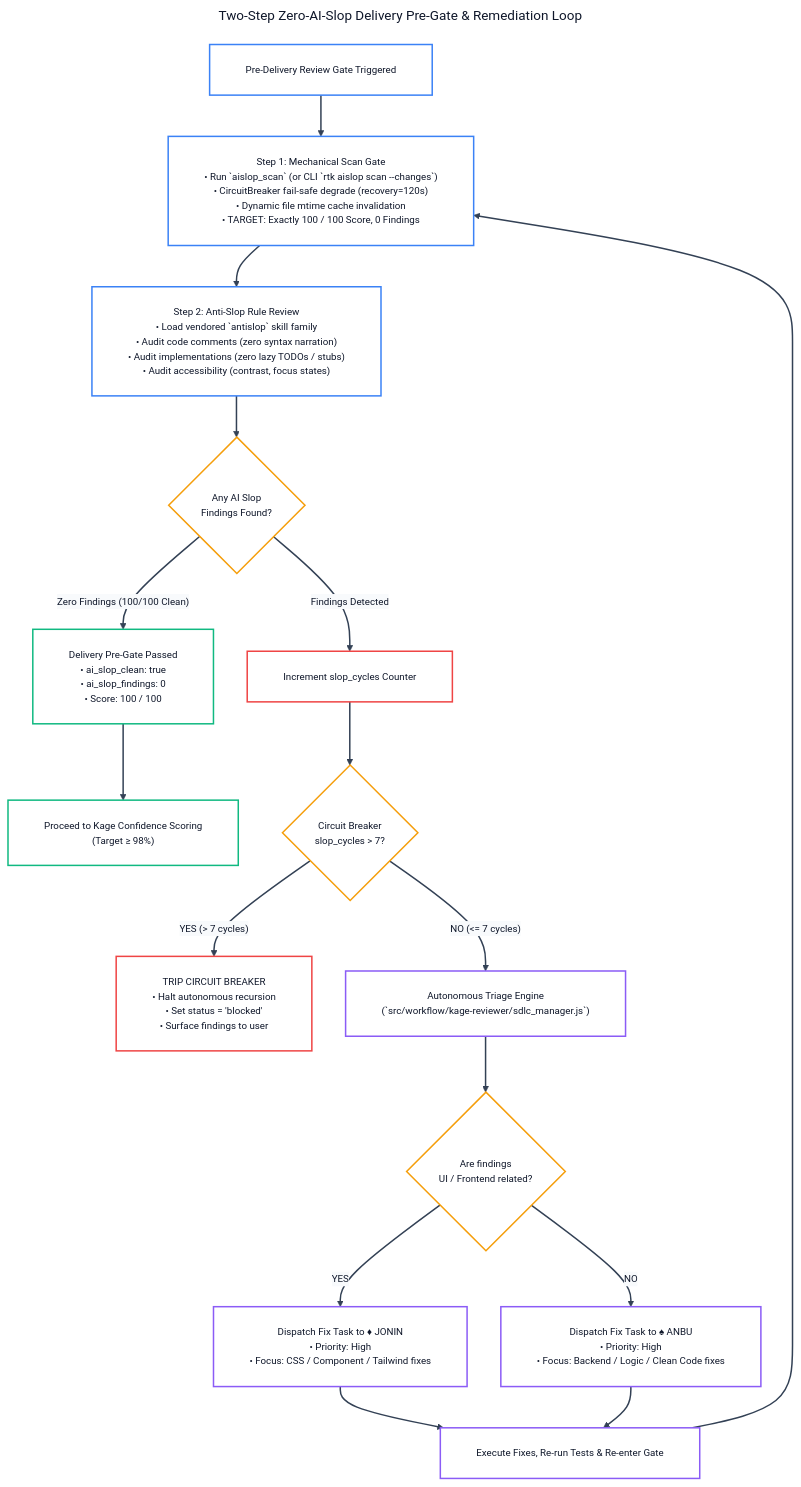
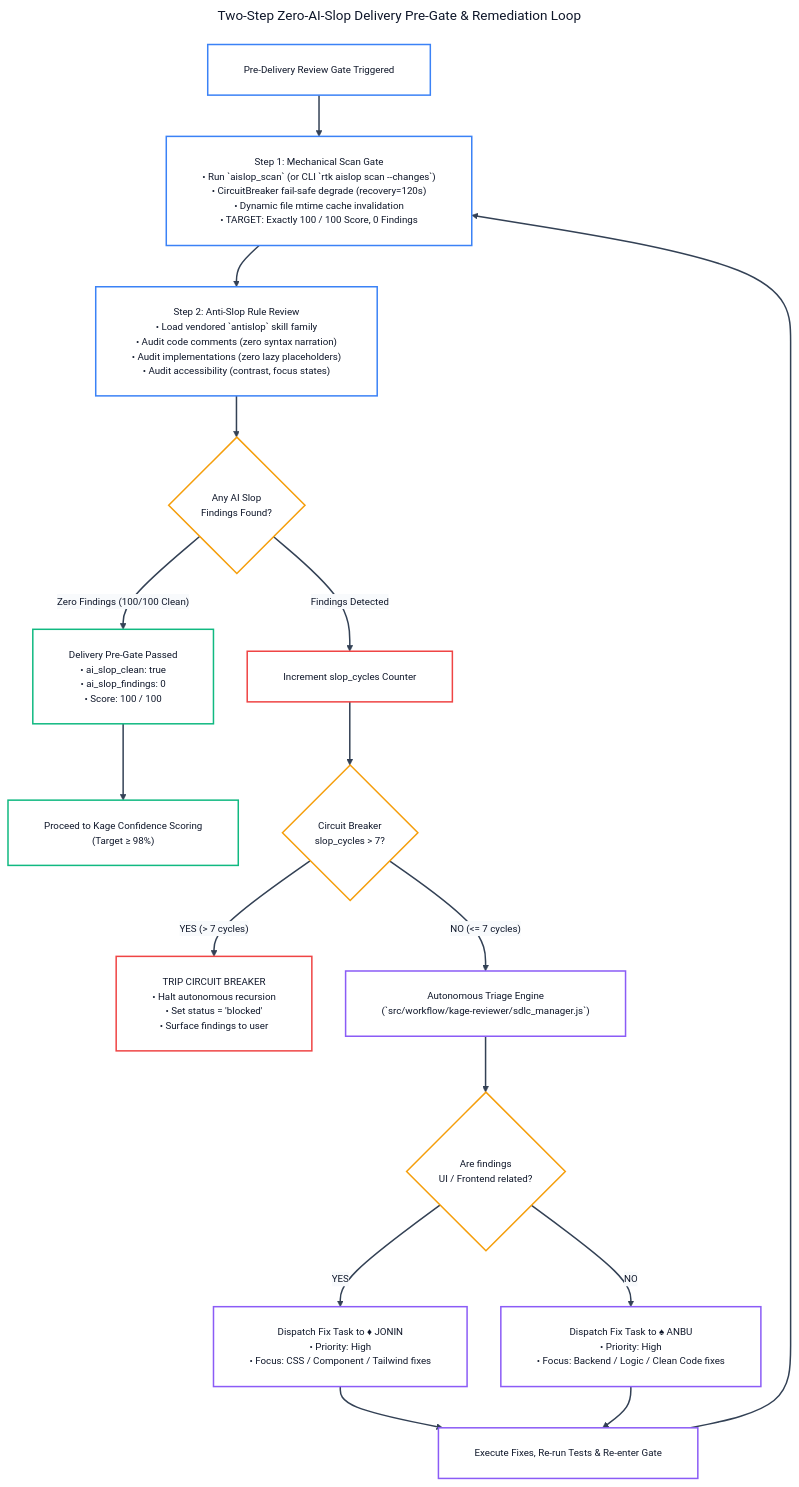
Before and after one commit to andycungkrinx91/konoha: the sixth of 19 diagrams in docs/ALL-WORKFLOW-DIAGRAMS.md, drawn with Mermaid. The commit also changed other lines of this file and 62 other files, not shown here.

Commit message:
chore(release): sync v2.2.18 workflow diagrams, docs, skills, 3D worker, and cross-platform QA

````diff
--- a/docs/ALL-WORKFLOW-DIAGRAMS.md
+++ b/docs/ALL-WORKFLOW-DIAGRAMS.md
@@ -379,63 +379,63 @@
 ```mermaid
 ---
 title: Two-Step Zero-AI-Slop Delivery Pre-Gate & Remediation Loop
 config:
   theme: base
   themeVariables:
     darkMode: false
     background: '#ffffff'
     mainBkg: '#ffffff'
     primaryColor: '#ffffff'
     primaryTextColor: '#0f172a'
     primaryBorderColor: '#f59e0b'
     lineColor: '#334155'
     arrowheadColor: '#334155'
     secondaryColor: '#f8fafc'
     tertiaryColor: '#ffffff'
     fontFamily: 'Inter, system-ui, -apple-system, sans-serif'
     fontSize: '13px'
   flowchart:
     nodeSpacing: 45
     rankSpacing: 55
     padding: 24
     wrappingWidth: 380
 ---
 flowchart TD
     Trigger["Pre-Delivery Review Gate Triggered"] --> Step1["Step 1: Mechanical Scan Gate<br/>• Run `aislop_scan` (or CLI `rtk aislop scan --changes`)<br/>• CircuitBreaker fail-safe degrade (recovery=120s)<br/>• Dynamic file mtime cache invalidation<br/>• TARGET: Exactly 100 / 100 Score, 0 Findings"]
 
-    Step1 --> Step2["Step 2: Anti-Slop Rule Review<br/>• Load vendored `antislop` skill family<br/>• Audit code comments (zero syntax narration)<br/>• Audit implementations (zero lazy TODOs / stubs)<br/>• Audit accessibility (contrast, focus states)"]
+    Step1 --> Step2["Step 2: Anti-Slop Rule Review<br/>• Load vendored `antislop` skill family<br/>• Audit code comments (zero syntax narration)<br/>• Audit implementations (zero lazy placeholders)<br/>• Audit accessibility (contrast, focus states)"]
 
     Step2 --> CheckSlop{"Any AI Slop<br/>Findings Found?"}
 
     CheckSlop -- "Zero Findings (100/100 Clean)" --> PassGate["Delivery Pre-Gate Passed<br/>• ai_slop_clean: true<br/>• ai_slop_findings: 0<br/>• Score: 100 / 100"]
     PassGate --> KageGate["Proceed to Kage Confidence Scoring<br/>(Target ≥ 98%)"]
 
     CheckSlop -- "Findings Detected" --> LoopInit["Increment slop_cycles Counter"]
     LoopInit --> CheckBreaker{"Circuit Breaker<br/>slop_cycles > 7?"}
 
     CheckBreaker -- "YES (> 7 cycles)" --> Tripped["TRIP CIRCUIT BREAKER<br/>• Halt autonomous recursion<br/>• Set status = 'blocked'<br/>• Surface findings to user"]
 
     CheckBreaker -- "NO (<= 7 cycles)" --> Triage["Autonomous Triage Engine<br/>(`src/workflow/kage-reviewer/sdlc_manager.js`)"]
     Triage --> CheckType{"Are findings<br/>UI / Frontend related?"}
 
     CheckType -- "YES" --> AssignJonin["Dispatch Fix Task to ♦ JONIN<br/>• Priority: High<br/>• Focus: CSS / Component / Tailwind fixes"]
     CheckType -- "NO" --> AssignAnbu["Dispatch Fix Task to ♠ ANBU<br/>• Priority: High<br/>• Focus: Backend / Logic / Clean Code fixes"]
 
     AssignJonin --> ReExecute["Execute Fixes, Re-run Tests &amp; Re-enter Gate"]
     AssignAnbu --> ReExecute
     ReExecute --> Step1
 
     linkStyle default stroke:#334155,stroke-width:2px;
 
     classDef triggerNode fill:#ffffff,stroke:#3b82f6,color:#0f172a,stroke-width:2px;
     classDef gateNode fill:#ffffff,stroke:#f59e0b,color:#0f172a,stroke-width:2px;
     classDef passNode fill:#ffffff,stroke:#10b981,color:#0f172a,stroke-width:2px;
     classDef loopNode fill:#ffffff,stroke:#ef4444,color:#0f172a,stroke-width:2px;
     classDef triageNode fill:#ffffff,stroke:#8b5cf6,color:#0f172a,stroke-width:2px;
 
     class Trigger,Step1,Step2 triggerNode;
     class CheckSlop,CheckBreaker,CheckType gateNode;
     class PassGate,KageGate passNode;
     class LoopInit,Tripped loopNode;
     class Triage,AssignJonin,AssignAnbu,ReExecute triageNode;
 ```
````
